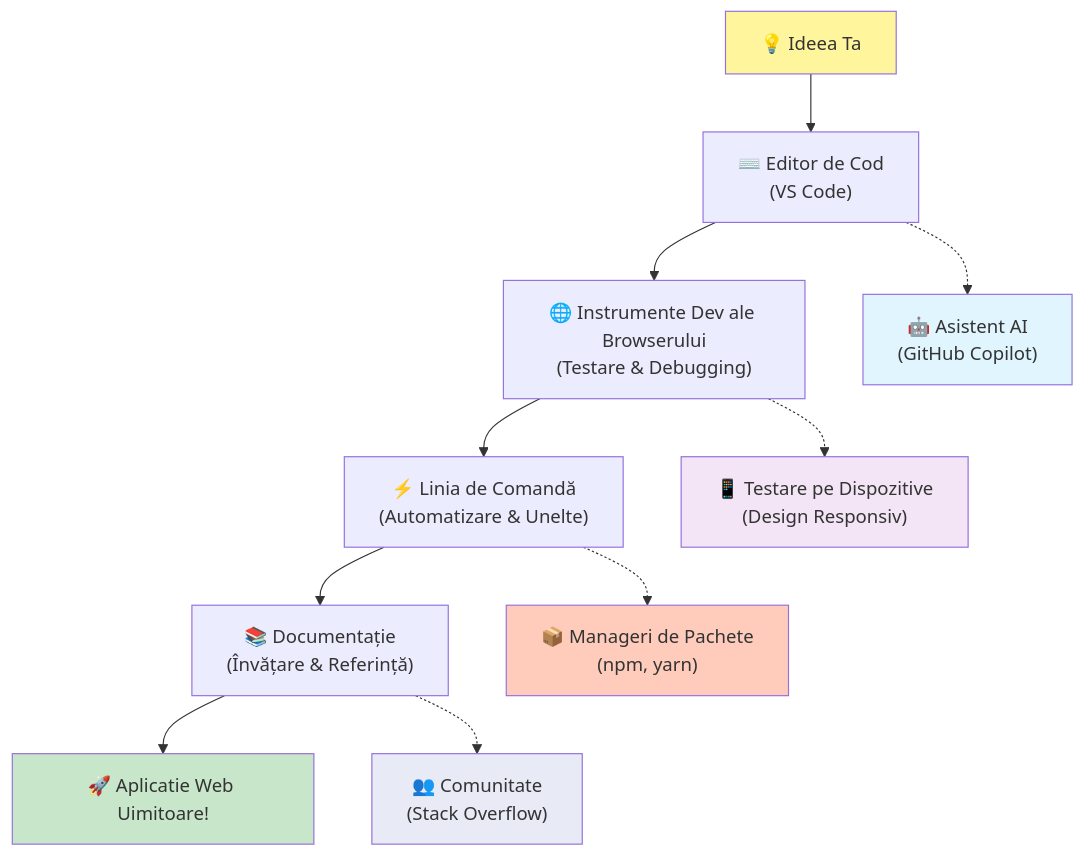
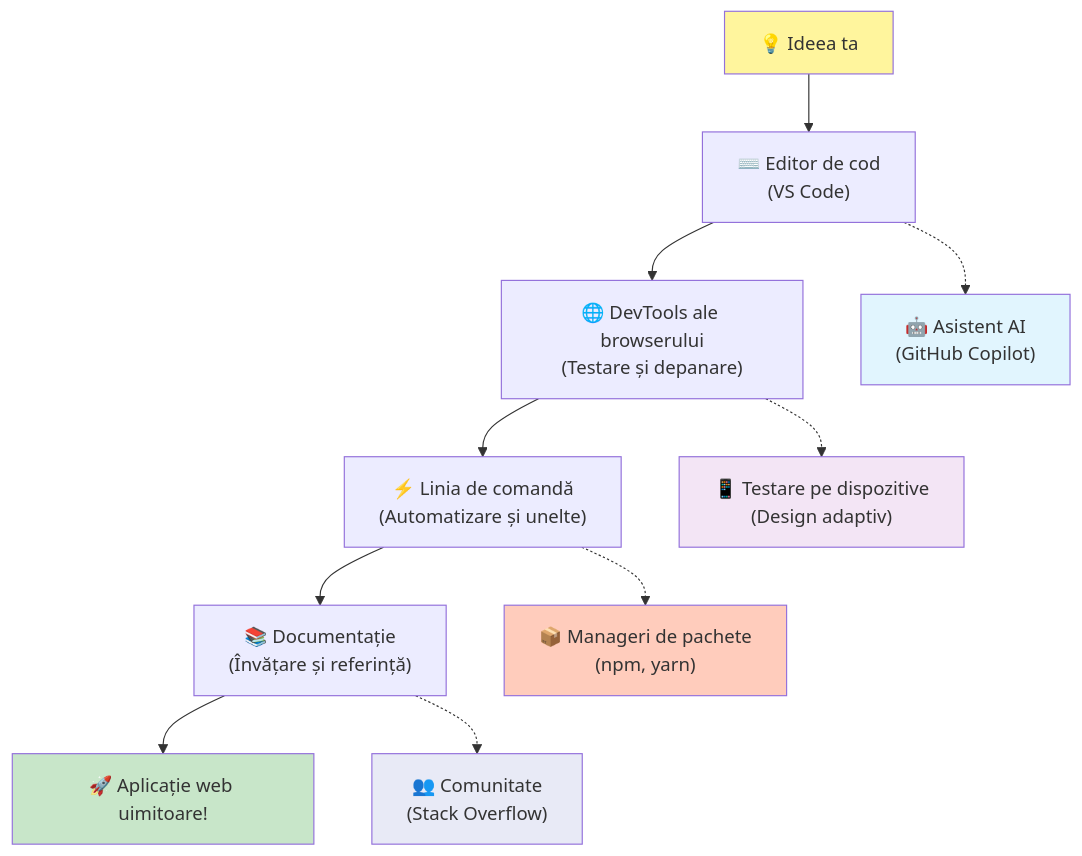
Before and after one commit to microsoft/Web-Dev-For-Beginners: the fifth of 7 diagrams in translations/ro/1-getting-started-lessons/1-intro-to-programming-languages/README.md, drawn with Mermaid. The commit also changed other lines of this file and 8 other files, not shown here.

````diff
--- a/translations/ro/1-getting-started-lessons/1-intro-to-programming-languages/README.md
+++ b/translations/ro/1-getting-started-lessons/1-intro-to-programming-languages/README.md
@@ -488,20 +488,20 @@
 ```mermaid
 graph TD
-    A["💡 Ideea Ta"] --> B["⌨️ Editor de Cod<br/>(VS Code)"] 
-    B --> C["🌐 Instrumente Dev ale Browserului<br/>(Testare & Debugging)"]
-    C --> D["⚡ Linia de Comandă<br/>(Automatizare & Unelte)"]
-    D --> E["📚 Documentație<br/>(Învățare & Referință)"]
-    E --> F["🚀 Aplicatie Web Uimitoare!"]
+    A["💡 Ideea ta"] --> B["⌨️ Editor de cod<br/>(VS Code)"] 
+    B --> C["🌐 DevTools ale browserului<br/>(Testare și depanare)"]
+    C --> D["⚡ Linia de comandă<br/>(Automatizare și unelte)"]
+    D --> E["📚 Documentație<br/>(Învățare și referință)"]
+    E --> F["🚀 Aplicație web uimitoare!"]
     
     B -.-> G["🤖 Asistent AI<br/>(GitHub Copilot)"]
-    C -.-> H["📱 Testare pe Dispozitive<br/>(Design Responsiv)"]
-    D -.-> I["📦 Manageri de Pachete<br/>(npm, yarn)"]
+    C -.-> H["📱 Testare pe dispozitive<br/>(Design adaptiv)"]
+    D -.-> I["📦 Manageri de pachete<br/>(npm, yarn)"]
     E -.-> J["👥 Comunitate<br/>(Stack Overflow)"]
     
     style A fill:#fff59d
     style F fill:#c8e6c9
     style G fill:#e1f5fe
     style H fill:#f3e5f5
     style I fill:#ffccbc
     style J fill:#e8eaf6
 ```
````
